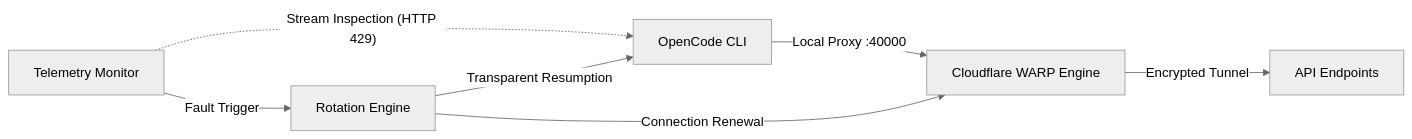
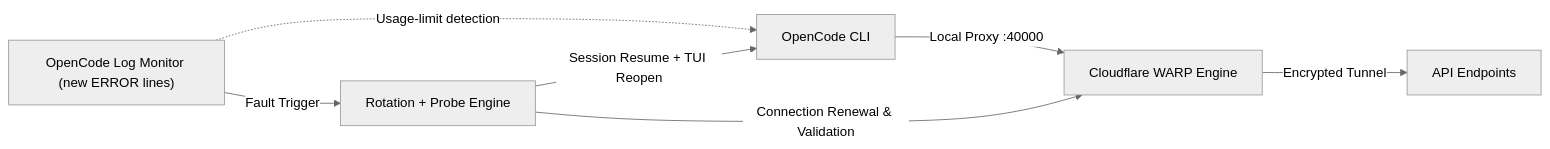
One commit to Oficina-do-Berg/CodeOpenFreedom changed the diagram in README.md. Above: the diagram before and after it, drawn with Mermaid (neutral theme). The commit also changed other lines of this file and 15 other files, not shown here.

First line of the commit message:
refactor: align log monitoring and unlock flow with the original launcher

````diff
--- a/README.md
+++ b/README.md
@@ -94,9 +94,9 @@
 ```mermaid
 flowchart LR
     A["OpenCode CLI"] -->|"Local Proxy :40000"| B["Cloudflare WARP Engine"]
     B -->|"Encrypted Tunnel"| C["API Endpoints"]
-    D["Telemetry Monitor"] -.->|"Stream Inspection (HTTP 429)"| A
-    D -->|"Fault Trigger"| E["Rotation Engine"]
-    E -->|"Connection Renewal"| B
-    E -->|"Transparent Resumption"| A
+    D["OpenCode Log Monitor (new ERROR lines)"] -.->|"Usage-limit detection"| A
+    D -->|"Fault Trigger"| E["Rotation + Probe Engine"]
+    E -->|"Connection Renewal & Validation"| B
+    E -->|"Session Resume + TUI Reopen"| A
 ```
````
